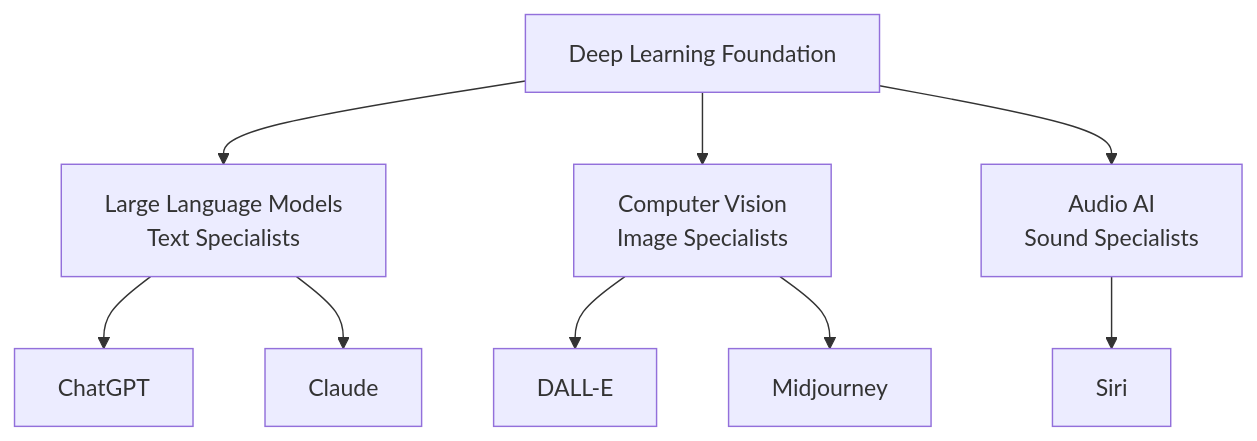
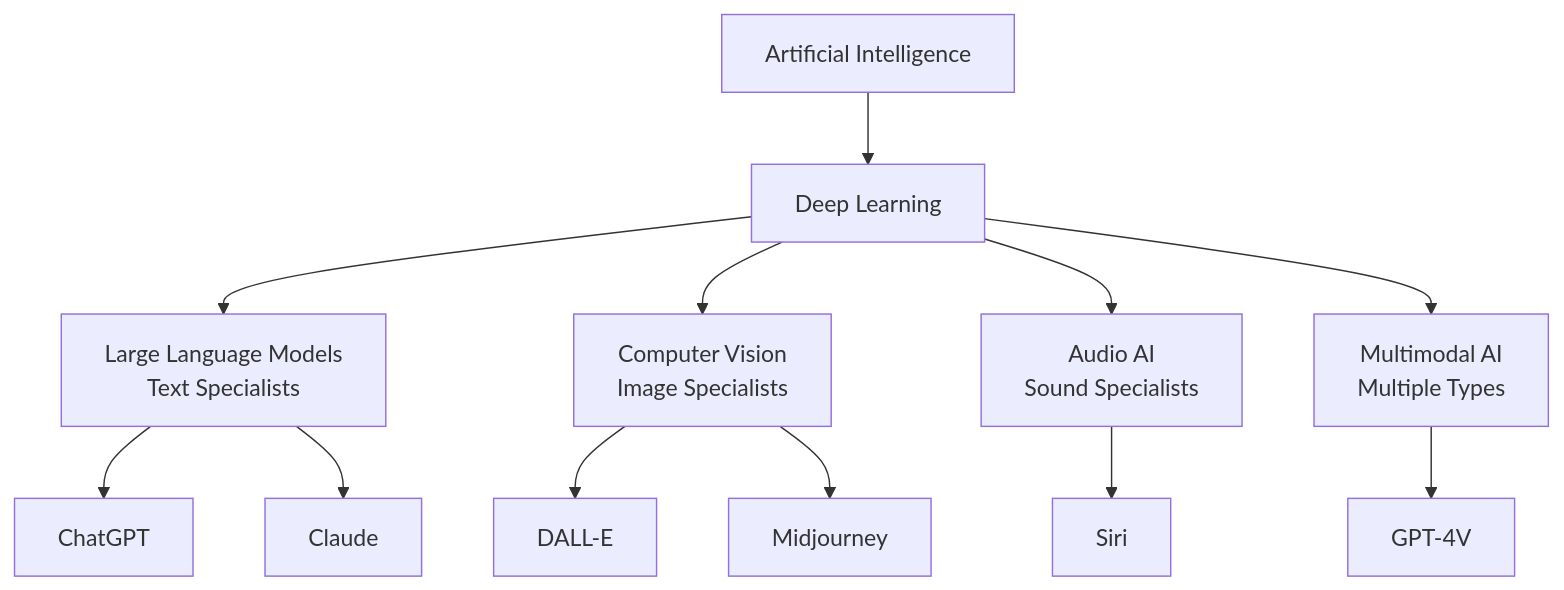
One commit to ninabrenes/ai-for-normal-people changed the diagram in level-4.md. Above: the diagram before and after it, drawn with Mermaid. The commit also changed other lines of this file, not shown here.

````diff
--- a/level-4.md
+++ b/level-4.md
@@ -9,12 +9,19 @@
 ```mermaid
 graph TD
-    DL[Deep Learning Foundation] --> LLM[Large Language Models<br/>Text Specialists]
+    AI[Artificial Intelligence] --> DL[Deep Learning]
+    
+    DL --> LLM[Large Language Models<br/>Text Specialists]
     DL --> Vision[Computer Vision<br/>Image Specialists]
     DL --> Audio[Audio AI<br/>Sound Specialists]
+    DL --> Multi[Multimodal AI<br/>Multiple Types]
     
     LLM --> ChatGPT
     LLM --> Claude
+    
     Vision --> DALLE[DALL-E]
     Vision --> Midjourney
+    
     Audio --> Siri
+    
+    Multi --> GPT4V[GPT-4V]
 ```
````
